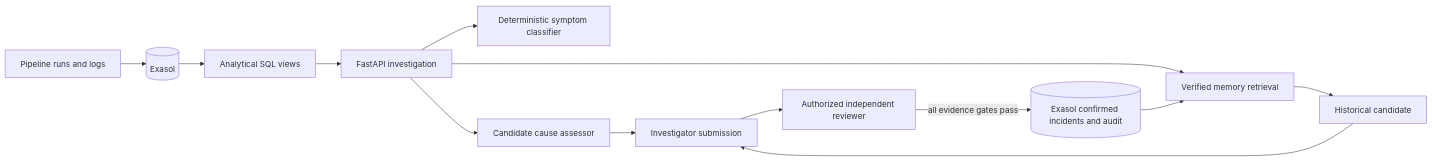
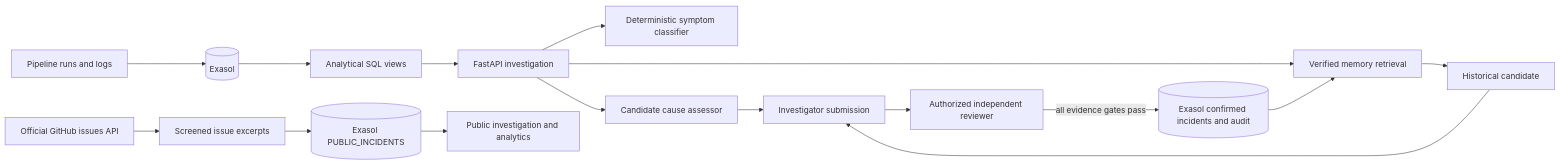
The diagram in docs/architecture.md (Anafa-thabassum/opsintel-ai), drawn with Mermaid before and after one commit. The commit also changed other lines of this file and 25 other files, not shown here.

Commit message:
enhance incident intelligence with verified memory and Exasol analytics version 2

````diff
--- a/docs/architecture.md
+++ b/docs/architecture.md
@@ -5,15 +5,18 @@
 ```mermaid
 flowchart LR
     A[Pipeline runs and logs] --> B[(Exasol)]
     B --> C[Analytical SQL views]
     C --> D[FastAPI investigation]
     D --> E[Deterministic symptom classifier]
     D --> F[Candidate cause assessor]
     D --> G[Verified memory retrieval]
     G --> H[Historical candidate]
     F --> I[Investigator submission]
     H --> I
     I --> J[Authorized independent reviewer]
     J -->|all evidence gates pass| K[(Exasol confirmed incidents and audit)]
     K --> G
+    P[Official GitHub issues API] --> Q[Screened issue excerpts]
+    Q --> R[(Exasol PUBLIC_INCIDENTS)]
+    R --> S[Public investigation and analytics]
 ```
````
